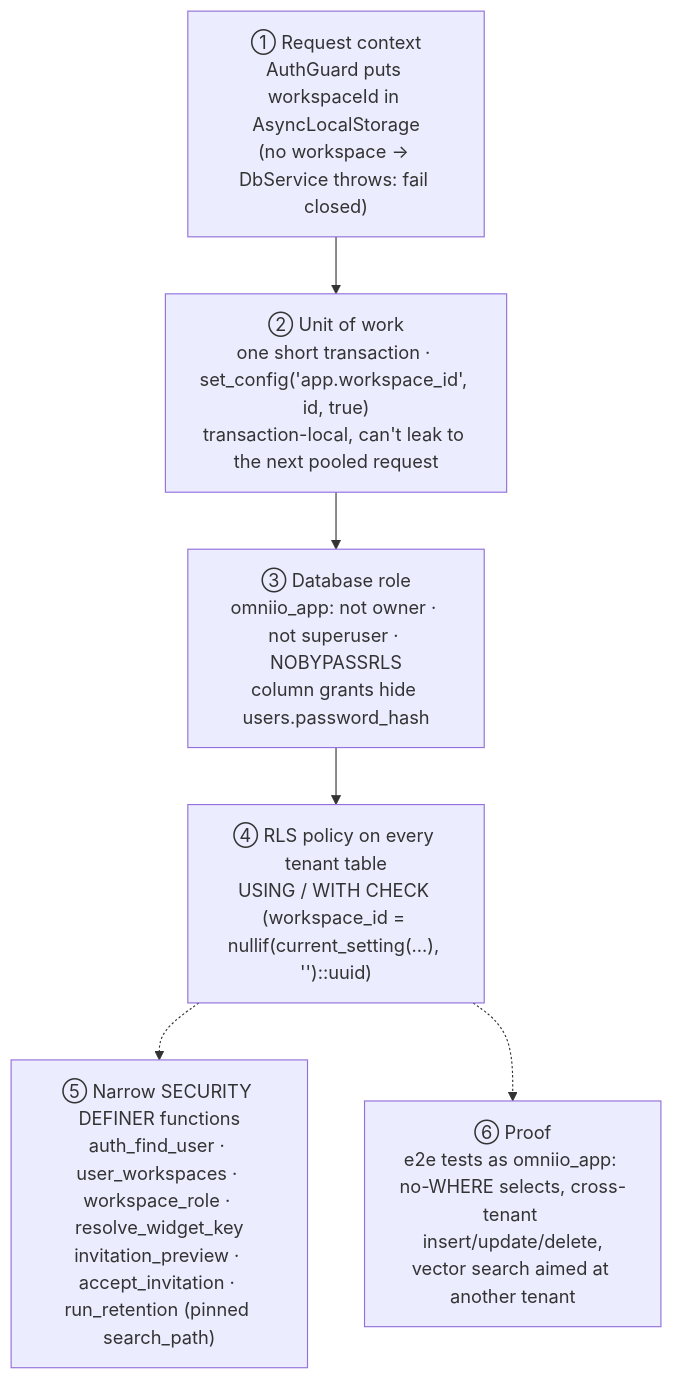
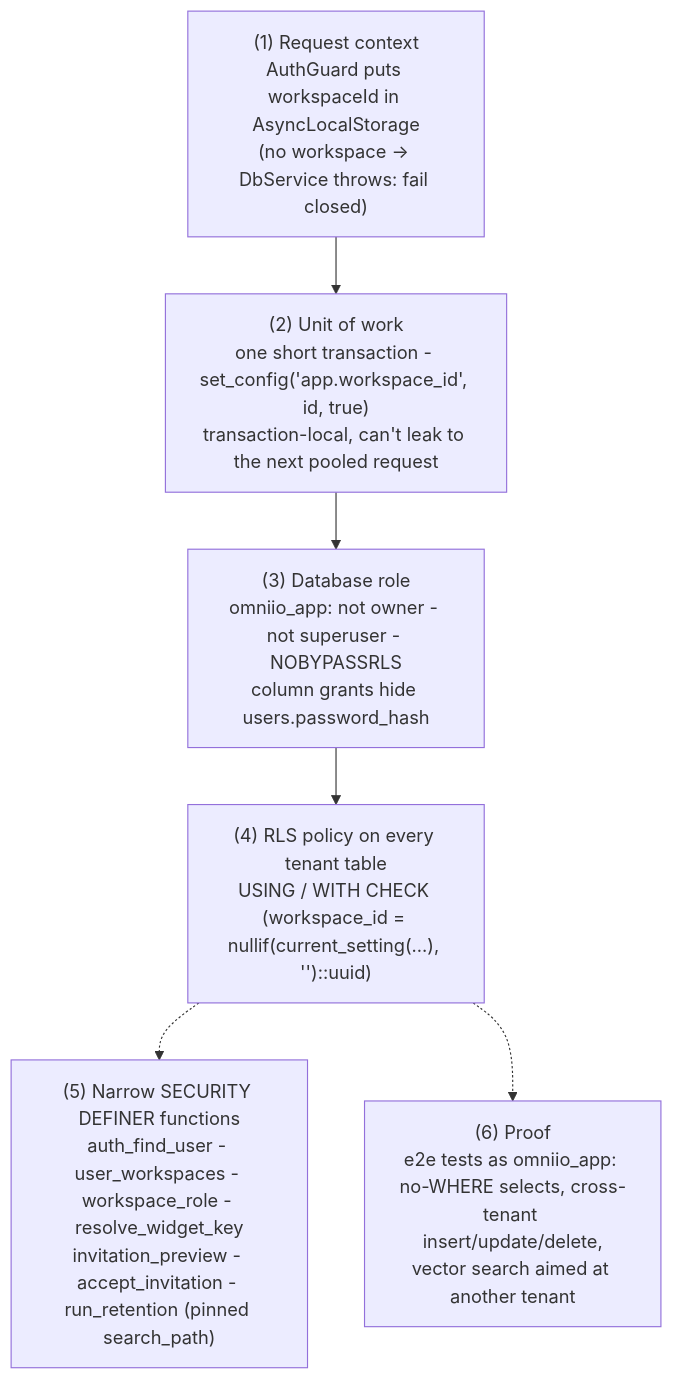
Before and after one commit to JawadulHadi/omni-io: the tenth of 14 diagrams in docs/gist/omni-io-architecture.md, drawn with Mermaid. The commit also changed other lines of this file, not shown here.

First line of the commit message:
docs(gist): make the architecture doc ASCII-only and drop the raw script tag

````diff
--- a/docs/gist/omni-io-architecture.md
+++ b/docs/gist/omni-io-architecture.md
@@ -462,12 +462,12 @@
 ```mermaid
 flowchart TB
-  L1["① Request context<br/>AuthGuard puts workspaceId in AsyncLocalStorage<br/>(no workspace → DbService throws: fail closed)"]
-  L2["② Unit of work<br/>one short transaction · set_config('app.workspace_id', id, true)<br/>transaction-local, can't leak to the next pooled request"]
-  L3["③ Database role<br/>omniio_app: not owner · not superuser · NOBYPASSRLS<br/>column grants hide users.password_hash"]
-  L4["④ RLS policy on every tenant table<br/>USING / WITH CHECK (workspace_id = nullif(current_setting(...), '')::uuid)"]
-  L5["⑤ Narrow SECURITY DEFINER functions<br/>auth_find_user · user_workspaces · workspace_role · resolve_widget_key<br/>invitation_preview · accept_invitation · run_retention (pinned search_path)"]
-  L6["⑥ Proof<br/>e2e tests as omniio_app: no-WHERE selects, cross-tenant insert/update/delete,<br/>vector search aimed at another tenant"]
+  L1["(1) Request context<br/>AuthGuard puts workspaceId in AsyncLocalStorage<br/>(no workspace -> DbService throws: fail closed)"]
+  L2["(2) Unit of work<br/>one short transaction - set_config('app.workspace_id', id, true)<br/>transaction-local, can't leak to the next pooled request"]
+  L3["(3) Database role<br/>omniio_app: not owner - not superuser - NOBYPASSRLS<br/>column grants hide users.password_hash"]
+  L4["(4) RLS policy on every tenant table<br/>USING / WITH CHECK (workspace_id = nullif(current_setting(...), '')::uuid)"]
+  L5["(5) Narrow SECURITY DEFINER functions<br/>auth_find_user - user_workspaces - workspace_role - resolve_widget_key<br/>invitation_preview - accept_invitation - run_retention (pinned search_path)"]
+  L6["(6) Proof<br/>e2e tests as omniio_app: no-WHERE selects, cross-tenant insert/update/delete,<br/>vector search aimed at another tenant"]
   L1 --> L2 --> L3 --> L4
   L4 -.-> L5
   L4 -.-> L6
 ```
````
